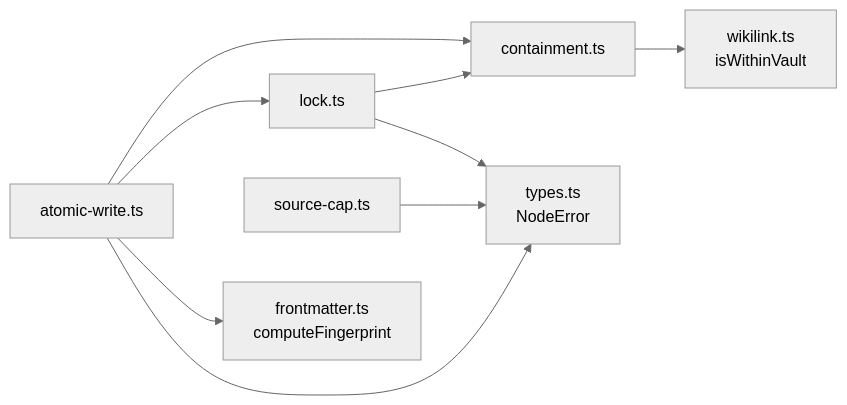
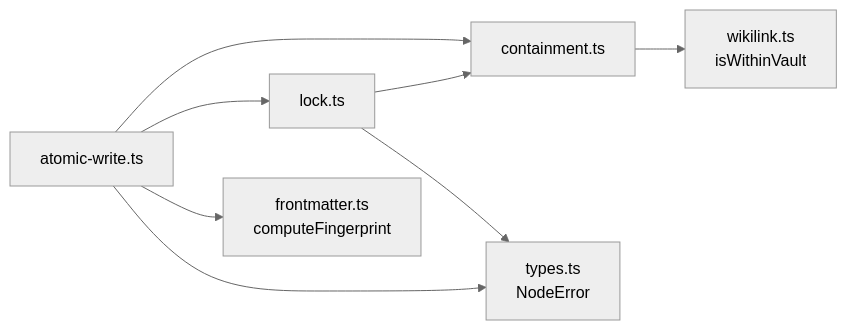
Before and after one commit to Kuldeep2822k/palee-architecture: the eighth of 8 diagrams in Architecture Overview/Security and Concurrency Model.md, drawn with Mermaid (neutral theme). The commit also changed other lines of this file and 76 other files, not shown here.

````diff
--- a/Architecture Overview/Security and Concurrency Model.md
+++ b/Architecture Overview/Security and Concurrency Model.md
@@ -396,11 +310,10 @@
 ```mermaid
 graph LR
     Containment["containment.ts"] --> Wikilink["wikilink.ts<br/>isWithinVault"]
     AtomicWrite["atomic-write.ts"] --> Containment
     AtomicWrite --> LockModule["lock.ts"]
     AtomicWrite --> Frontmatter["frontmatter.ts<br/>computeFingerprint"]
     AtomicWrite --> Types["types.ts<br/>NodeError"]
     LockModule --> Containment
     LockModule --> Types
-    SourceCap["source-cap.ts"] --> Types
 ```
````
